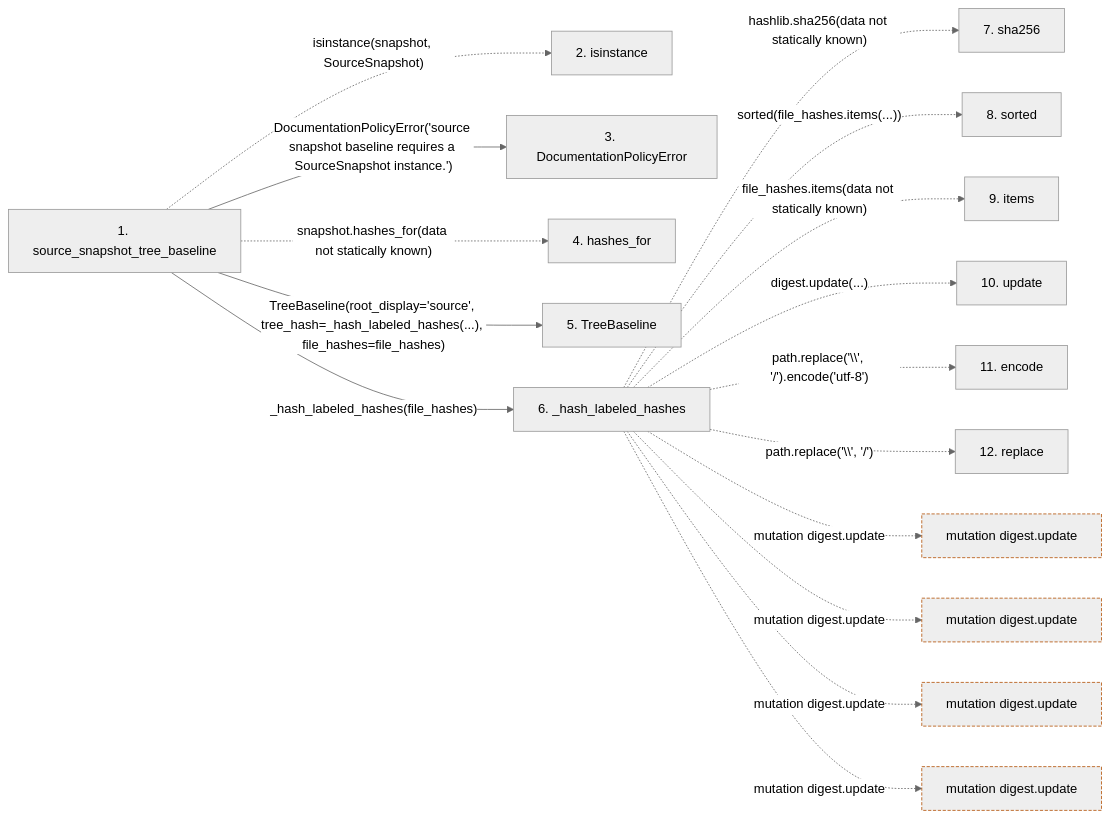
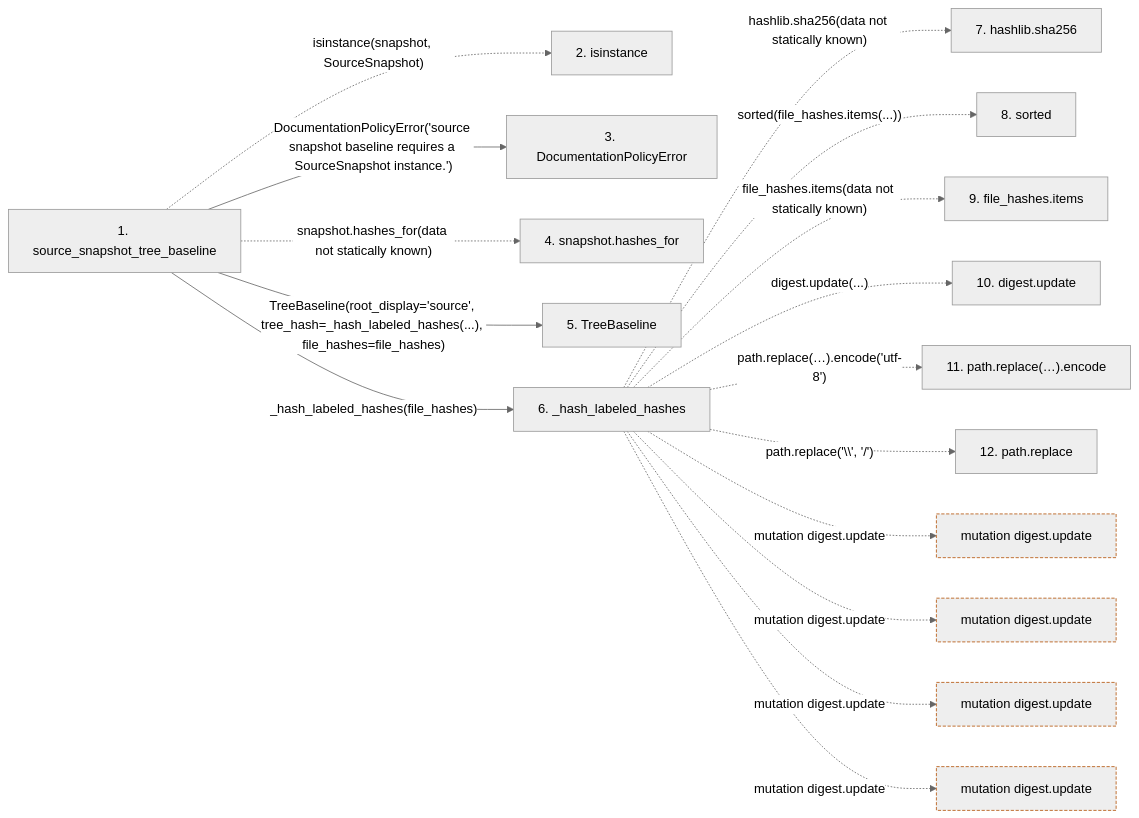
Before and after one commit to Denissvgn/python-wiki-llm: the second of 2 diagrams in docs/llm_wiki/flows/api-source_snapshot_tree_baseline.md, drawn with Mermaid (neutral theme). The commit also changed other lines of this file and 719 other files, not shown here.

````diff
--- a/docs/llm_wiki/flows/api-source_snapshot_tree_baseline.md
+++ b/docs/llm_wiki/flows/api-source_snapshot_tree_baseline.md
@@ -46,43 +47,43 @@
 ```mermaid
 flowchart LR
     s1["1. source_snapshot_tree_baseline"]
     s2["2. isinstance"]
     s3["3. DocumentationPolicyError"]
-    s4["4. hashes_for"]
+    s4["4. snapshot.hashes_for"]
     s5["5. TreeBaseline"]
     s6["6. _hash_labeled_hashes"]
-    s7["7. sha256"]
+    s7["7. hashlib.sha256"]
     s8["8. sorted"]
-    s9["9. items"]
-    s10["10. update"]
-    s11["11. encode"]
-    s12["12. replace"]
+    s9["9. file_hashes.items"]
+    s10["10. digest.update"]
+    s11["11. path.replace(…).encode"]
+    s12["12. path.replace"]
     s1 -. "isinstance(snapshot, SourceSnapshot)" .-> s2
     s1 -->|"DocumentationPolicyError('source snapshot baseline requires a SourceSnapshot instance.')"| s3
     s1 -. "snapshot.hashes_for(data not statically known)" .-> s4
     s1 -->|"TreeBaseline(root_display='source', tree_hash=_hash_labeled_hashes(...), file_hashes=file_hashes)"| s5
     s1 -->|"_hash_labeled_hashes(file_hashes)"| s6
     s6 -. "hashlib.sha256(data not statically known)" .-> s7
     s6 -. "sorted(file_hashes.items(...))" .-> s8
     s6 -. "file_hashes.items(data not statically known)" .-> s9
     s6 -. "digest.update(...)" .-> s10
-    s6 -. "path.replace('\\', '/').encode('utf-8')" .-> s11
+    s6 -. "path.replace(…).encode('utf-8')" .-> s11
     s6 -. "path.replace('\\', '/')" .-> s12
     b0["mutation digest.update"]
     s6 -. "mutation digest.update" .-> b0
     b1["mutation digest.update"]
     s6 -. "mutation digest.update" .-> b1
     b2["mutation digest.update"]
     s6 -. "mutation digest.update" .-> b2
     b3["mutation digest.update"]
     s6 -. "mutation digest.update" .-> b3
     click s1 "../modules/documentation_policy.md"
     click s3 "../modules/documentation_policy.md"
     click s5 "../modules/documentation_policy.md"
     click s6 "../modules/documentation_policy.md"
     classDef boundary stroke:#b45309,stroke-dasharray: 4 2
     class b0 boundary
     class b1 boundary
     class b2 boundary
     class b3 boundary
 ```
````
